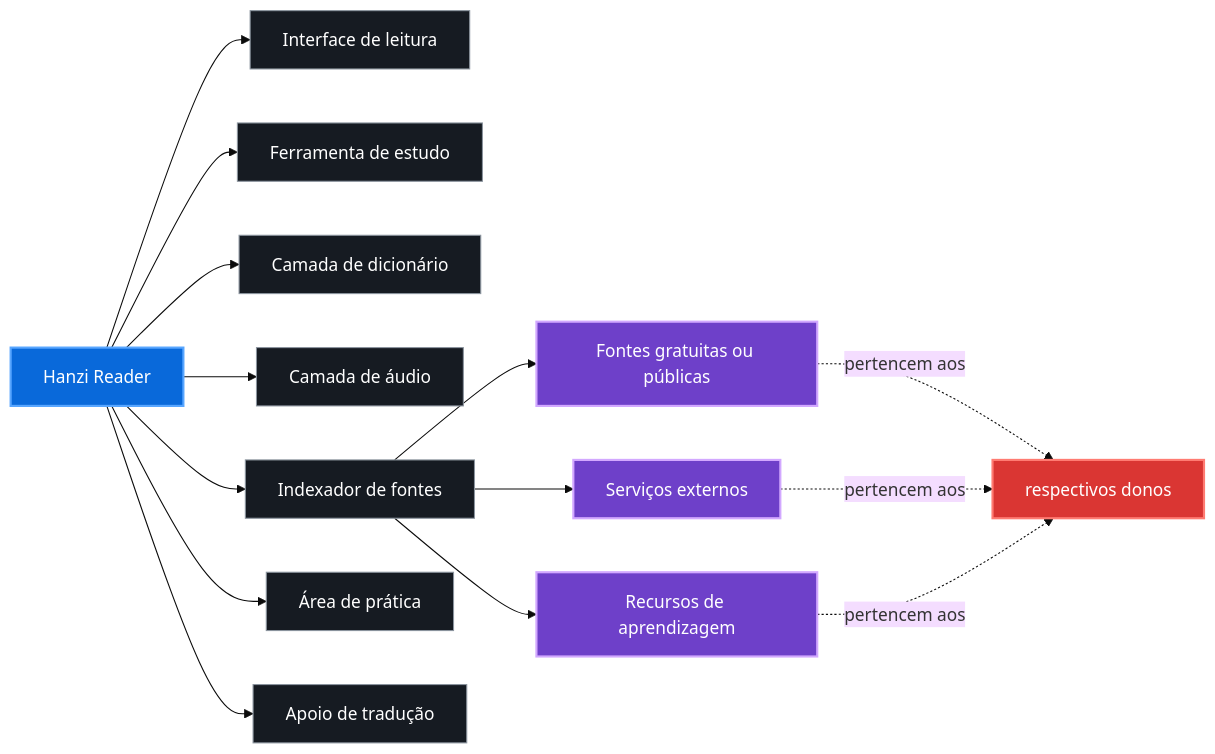
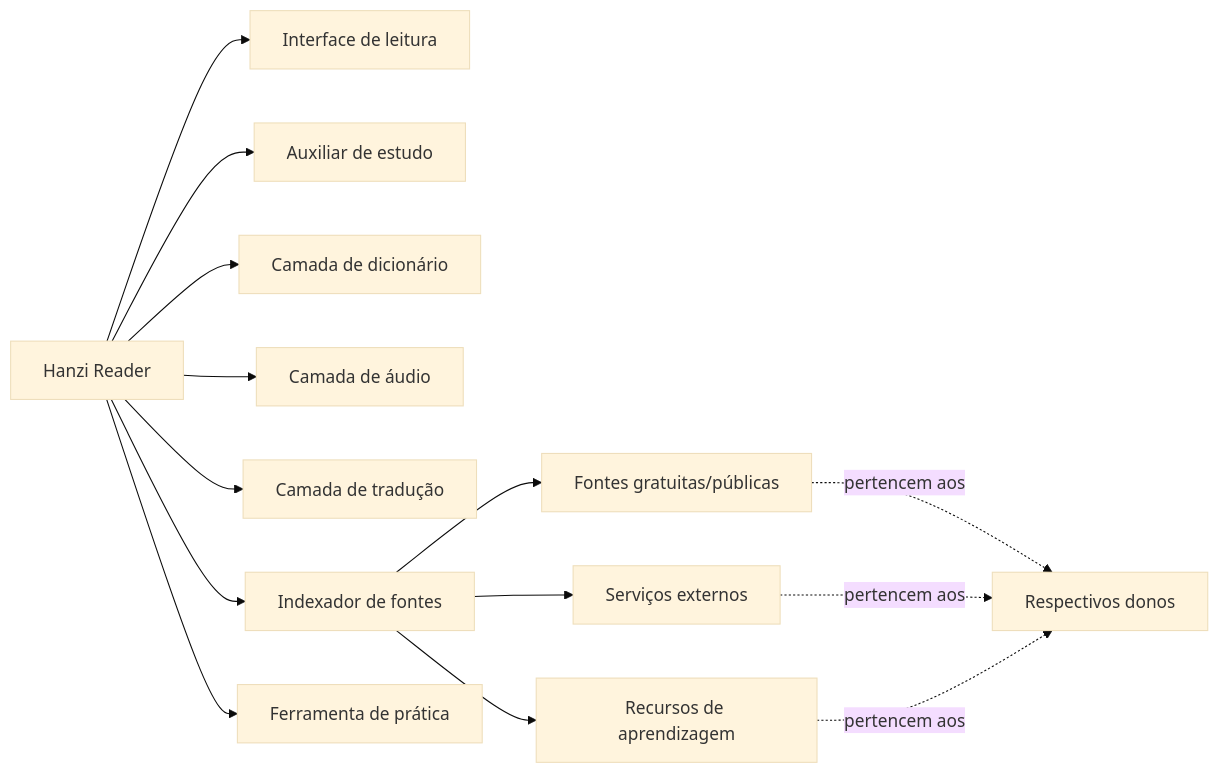
One commit to HyakkimaruPY/Hanzi-Reader changed the fourth of 6 diagrams in LEIAME-PT-BR.md. Above: the diagram before and after it, drawn with Mermaid (base theme). The commit also changed other lines of this file, not shown here.

````diff
--- a/LEIAME-PT-BR.md
+++ b/LEIAME-PT-BR.md
@@ -244,28 +169,18 @@
 ```mermaid
 graph LR
-    A["Hanzi Reader"] --> B["Interface de leitura"]
-    A --> C["Ferramenta de estudo"]
-    A --> D["Camada de dicionário"]
-    A --> E["Camada de áudio"]
-    A --> F["Indexador de fontes"]
-    A --> G["Área de prática"]
-    A --> H["Apoio de tradução"]
+    A[Hanzi Reader] --> B[Interface de leitura]
+    A --> C[Auxiliar de estudo]
+    A --> D[Camada de dicionário]
+    A --> E[Camada de áudio]
+    A --> F[Camada de tradução]
+    A --> G[Indexador de fontes]
+    A --> H[Ferramenta de prática]
 
-    F --> I["Fontes gratuitas ou públicas"]
-    F --> J["Serviços externos"]
-    F --> K["Recursos de aprendizagem"]
+    G --> I[Fontes gratuitas/públicas]
+    G --> J[Serviços externos]
+    G --> K[Recursos de aprendizagem]
 
-    I -. "pertencem aos" .-> L["respectivos donos"]
-    J -. "pertencem aos" .-> L
-    K -. "pertencem aos" .-> L
-
-    classDef app fill:#0969da,color:#ffffff,stroke:#58a6ff,stroke-width:2px;
-    classDef layer fill:#161b22,color:#ffffff,stroke:#8b949e,stroke-width:1px;
-    classDef external fill:#6e40c9,color:#ffffff,stroke:#d2a8ff,stroke-width:2px;
-    classDef owner fill:#da3633,color:#ffffff,stroke:#ff7b72,stroke-width:2px;
-
-    class A app;
-    class B,C,D,E,F,G,H layer;
-    class I,J,K external;
-    class L owner;
+    I -.pertencem aos.-> L[Respectivos donos]
+    J -.pertencem aos.-> L
+    K -.pertencem aos.-> L
 ```
````
